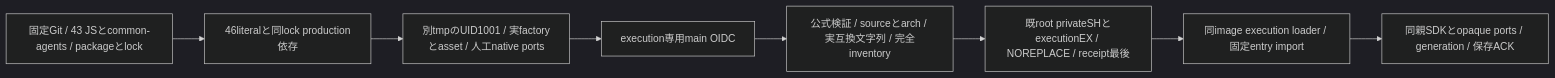
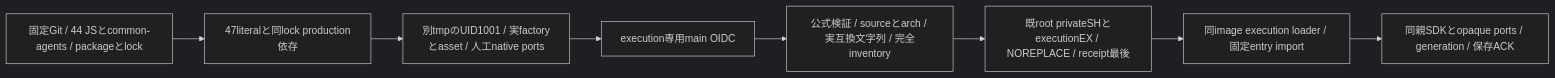
One commit to kitepon/BellTeam changed the first of 2 diagrams in docs/architecture/modules/distribution/execution-artifact.md. Above: the diagram before and after it, drawn with Mermaid (dark theme). The commit also changed other lines of this file and 2 other files, not shown here.

Commit message:
fix: include shared IPC in execution archive closure

````diff
--- a/docs/architecture/modules/distribution/execution-artifact.md
+++ b/docs/architecture/modules/distribution/execution-artifact.md
@@ -5,10 +5,10 @@
 ```mermaid
 flowchart LR
-  Source[固定Git / 43 JSとcommon-agents / packageとlock] --> Package[46literalと同lock production依存]
+  Source[固定Git / 44 JSとcommon-agents / packageとlock] --> Package[47literalと同lock production依存]
   Package --> Probe[別tmpのUID1001 / 実factoryとasset / 人工native ports]
   Probe --> Sign[execution専用main OIDC]
   Sign --> Verify[公式検証 / sourceとarch / 実互換文字列 / 完全inventory]
   Verify --> Install[既root privateSHとexecutionEX / NOREPLACE / receipt最後]
   Install --> Loader[同image execution loader / 固定entry import]
   Loader --> Host[同親SDKとopaque ports / generation / 保存ACK]
 ```
````
